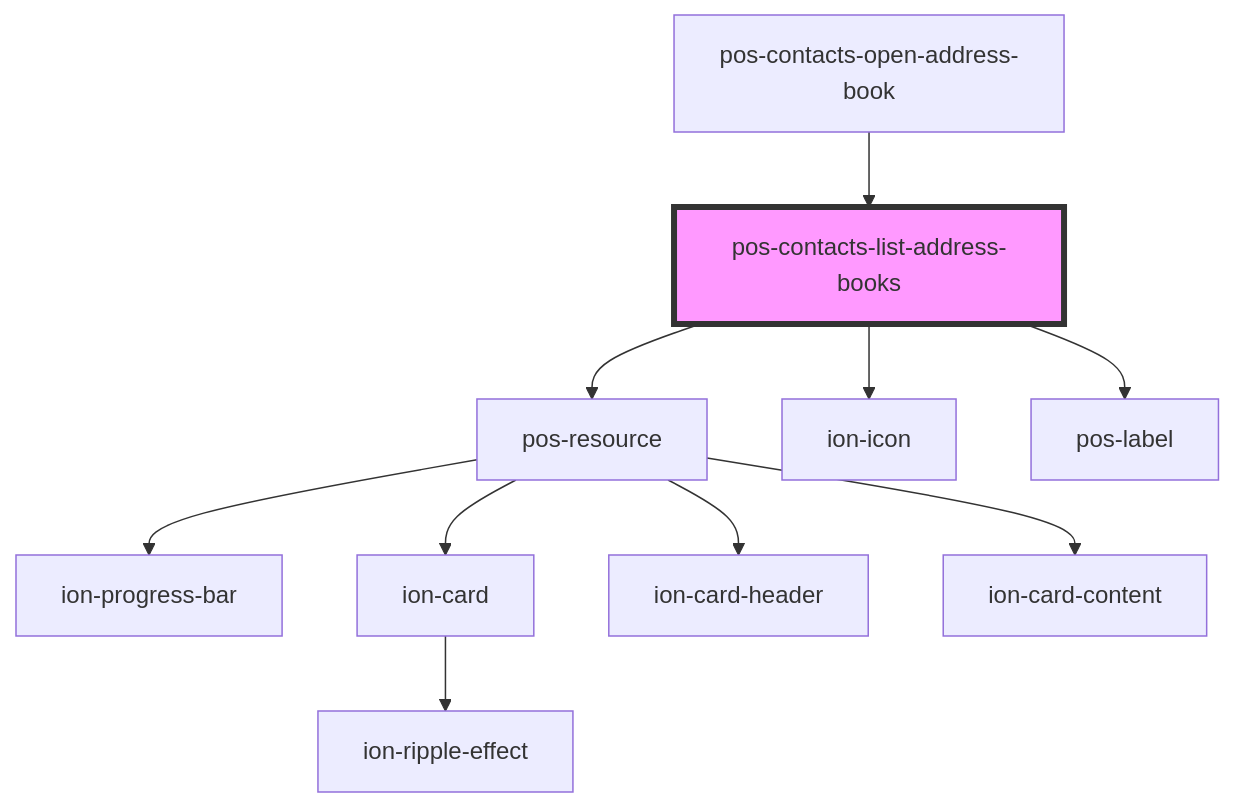
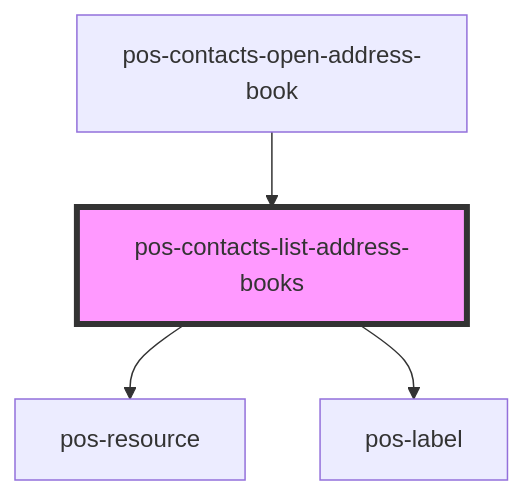
One commit to pod-os/PodOS changed the diagram in contacts/src/components/list-address-books/readme.md. Above: the diagram before and after it, drawn with Mermaid. The commit also changed other lines of this file and 8 other files, not shown here.

````diff
--- a/contacts/src/components/list-address-books/readme.md
+++ b/contacts/src/components/list-address-books/readme.md
@@ -36,13 +35,7 @@
 ```mermaid
 graph TD;
   pos-contacts-list-address-books --> pos-resource
-  pos-contacts-list-address-books --> ion-icon
   pos-contacts-list-address-books --> pos-label
-  pos-resource --> ion-progress-bar
-  pos-resource --> ion-card
-  pos-resource --> ion-card-header
-  pos-resource --> ion-card-content
-  ion-card --> ion-ripple-effect
   pos-contacts-open-address-book --> pos-contacts-list-address-books
   style pos-contacts-list-address-books fill:#f9f,stroke:#333,stroke-width:4px
 ```
````
